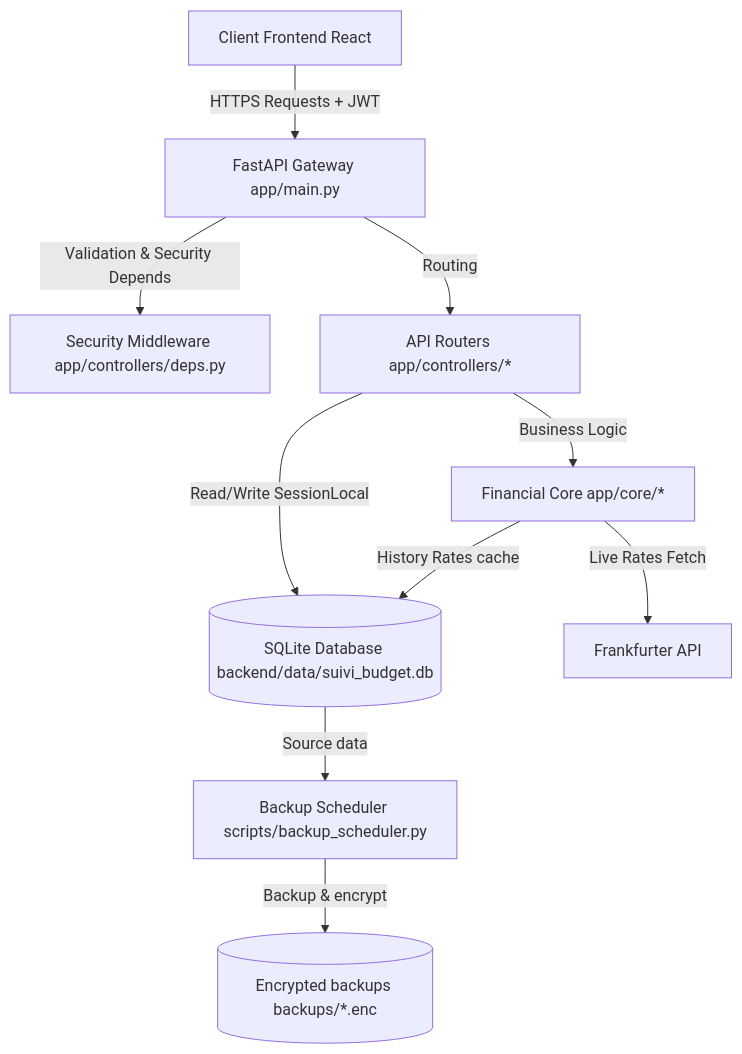
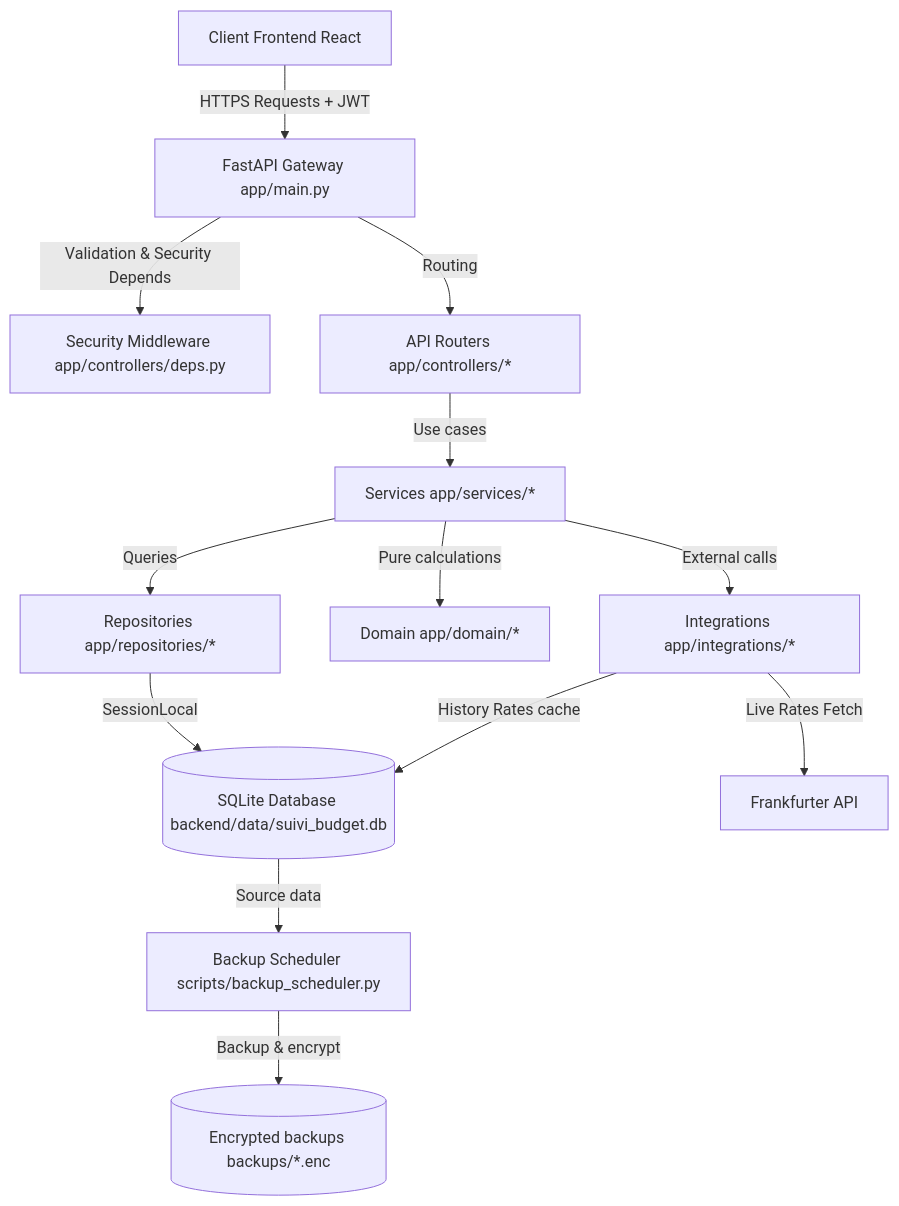
One commit to Hugo-Galley/Numera changed the diagram in docs/BACKEND.md. Above: the diagram before and after it, drawn with Mermaid. The commit also changed other lines of this file and 6 other files, not shown here.

````diff
--- a/docs/BACKEND.md
+++ b/docs/BACKEND.md
@@ -58,12 +62,15 @@
 ```mermaid
 graph TD
     Client[Client Frontend React] -->|HTTPS Requests + JWT| API[FastAPI Gateway app/main.py]
     API -->|Validation & Security Depends| Auth[Security Middleware app/controllers/deps.py]
     API -->|Routing| Controllers[API Routers app/controllers/*]
-    Controllers -->|Read/Write SessionLocal| DB[(SQLite Database backend/data/suivi_budget.db)]
-    Controllers -->|Business Logic| Core[Financial Core app/core/*]
-    Core -->|Live Rates Fetch| Frankfurter[Frankfurter API]
-    Core -->|History Rates cache| DB
+    Controllers -->|Use cases| Services[Services app/services/*]
+    Services -->|Queries| Repositories[Repositories app/repositories/*]
+    Services -->|Pure calculations| Domain[Domain app/domain/*]
+    Services -->|External calls| Integrations[Integrations app/integrations/*]
+    Repositories -->|SessionLocal| DB[(SQLite Database backend/data/suivi_budget.db)]
+    Integrations -->|Live Rates Fetch| Frankfurter[Frankfurter API]
+    Integrations -->|History Rates cache| DB
     BackupService[Backup Scheduler scripts/backup_scheduler.py] -->|Backup & encrypt| Backups[(Encrypted backups backups/*.enc)]
     DB -->|Source data| BackupService
 ```
````
